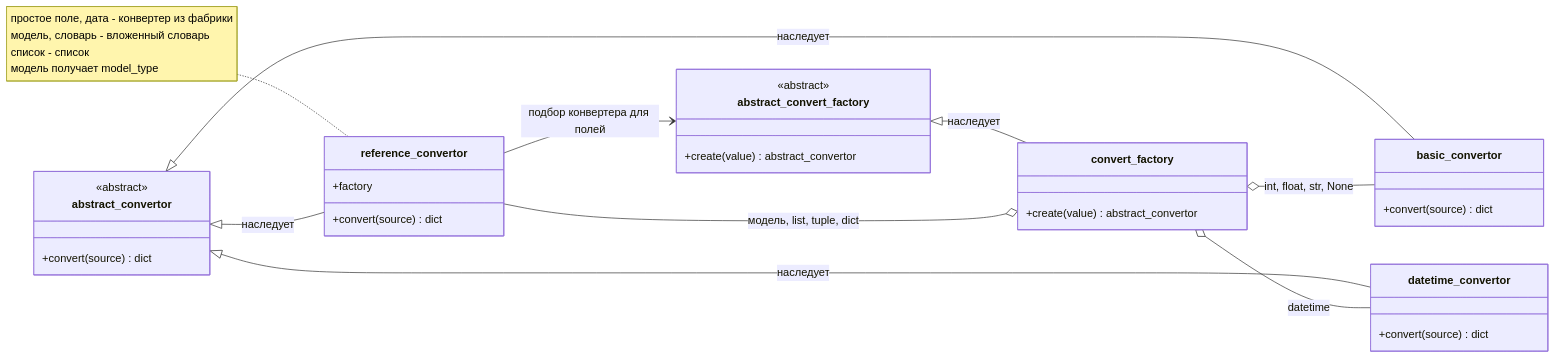
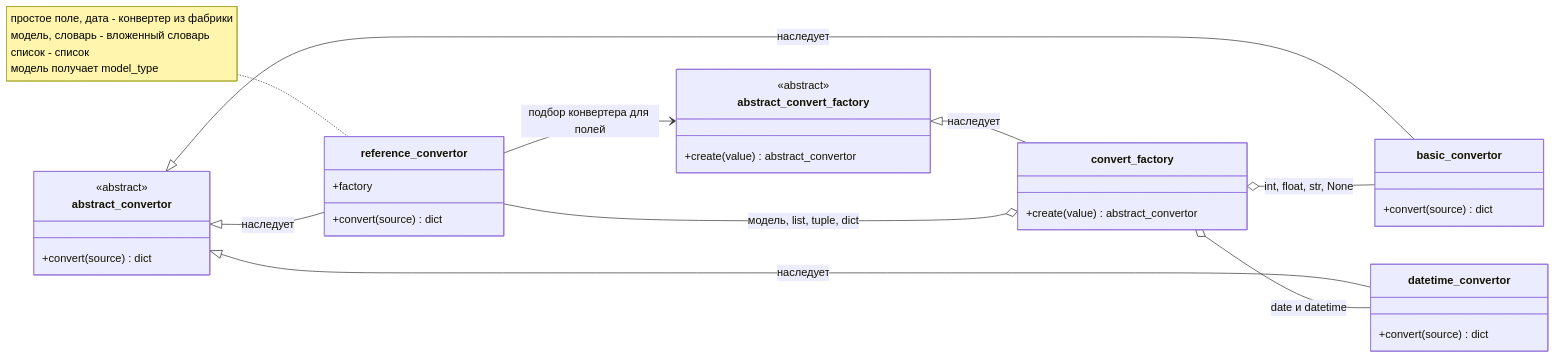
Before and after one commit to zenderio-dev/patterns_HW: the fourth of 6 diagrams in Docs/Uml.md, drawn with Mermaid. The commit also changed other lines of this file and 14 other files, not shown here.

````diff
--- a/Docs/Uml.md
+++ b/Docs/Uml.md
@@ -187,42 +203,42 @@
 ```mermaid
 classDiagram
     direction LR
 
     class abstract_convertor {
         <<abstract>>
         +convert(source) dict
     }
 
     class basic_convertor {
         +convert(source) dict
     }
 
     class datetime_convertor {
         +convert(source) dict
     }
 
     class reference_convertor {
         +factory
         +convert(source) dict
     }
 
     class abstract_convert_factory {
         <<abstract>>
         +create(value) abstract_convertor
     }
 
     class convert_factory {
         +create(value) abstract_convertor
     }
 
     abstract_convertor <|-- basic_convertor : наследует
     abstract_convertor <|-- datetime_convertor : наследует
     abstract_convertor <|-- reference_convertor : наследует
     abstract_convert_factory <|-- convert_factory : наследует
     convert_factory o-- basic_convertor : int, float, str, None
-    convert_factory o-- datetime_convertor : datetime
+    convert_factory o-- datetime_convertor : date и datetime
     convert_factory o-- reference_convertor : модель, list, tuple, dict
     reference_convertor --> abstract_convert_factory : подбор конвертера для полей
 
     note for reference_convertor "простое поле, дата - конвертер из фабрики<br>модель, словарь - вложенный словарь<br>список - список<br>модель получает model_type"
 ```
````
